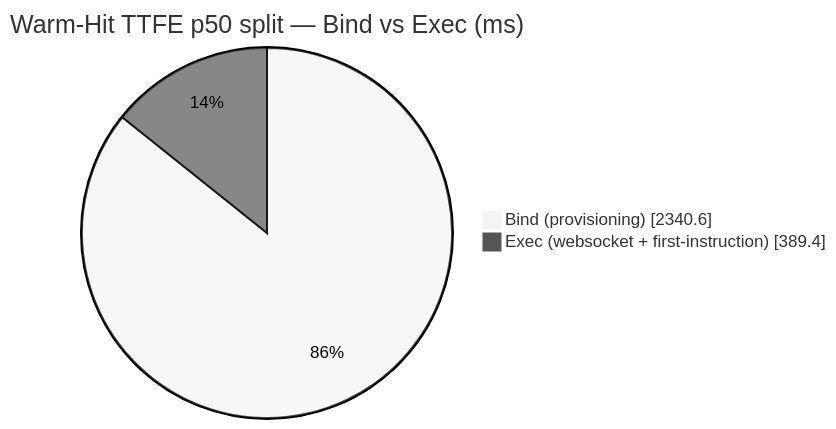
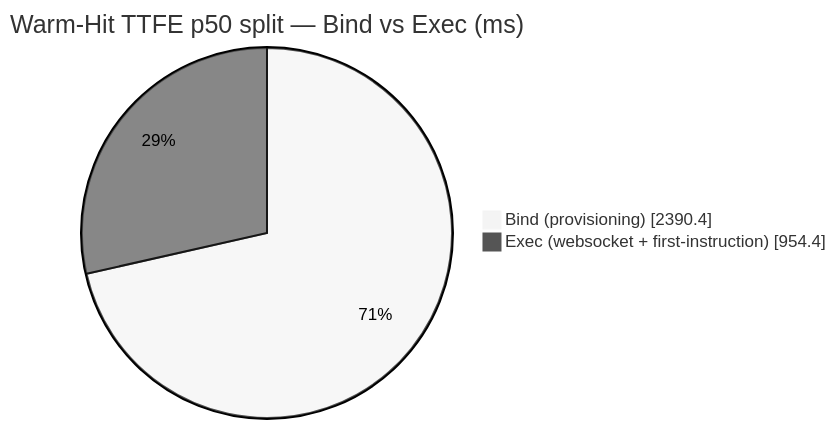
The diagram in DETAILS.md (AlexBulankou/honest-bench), drawn with Mermaid (neutral theme) before and after one commit. The commit also changed other lines of this file and 5 other files, not shown here.

````diff
--- a/DETAILS.md
+++ b/DETAILS.md
@@ -121,6 +122,6 @@
 ```mermaid
 pie showData
     title Warm-Hit TTFE p50 split — Bind vs Exec (ms)
-    "Bind (provisioning)" : 2340.6
-    "Exec (websocket + first-instruction)" : 389.4
+    "Bind (provisioning)" : 2390.4
+    "Exec (websocket + first-instruction)" : 954.4
 ```
````
